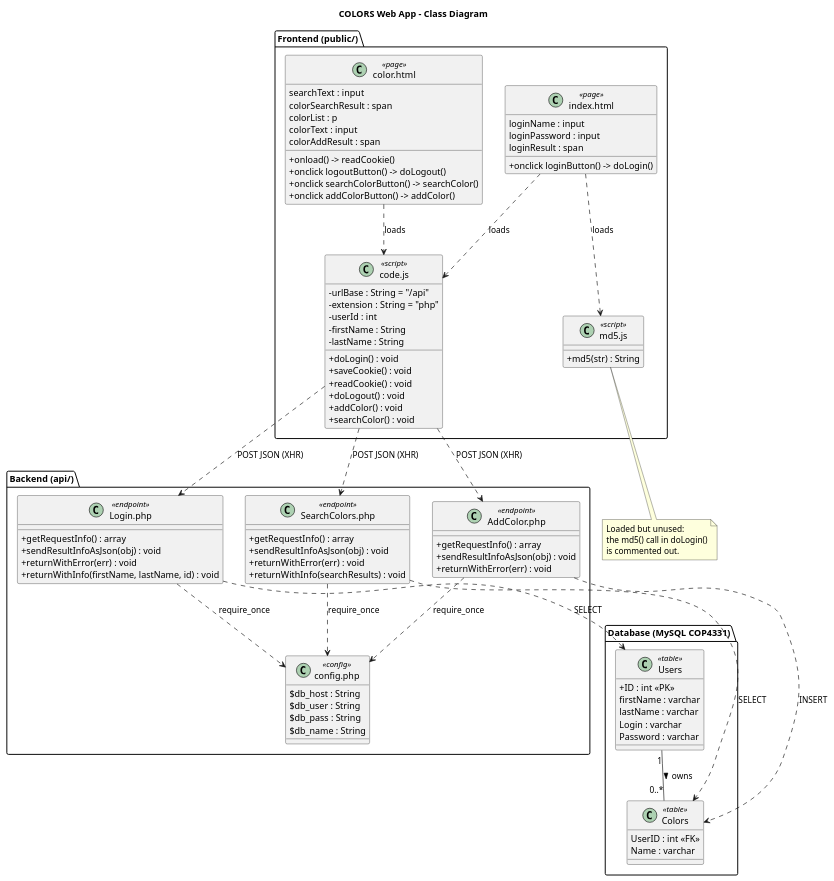
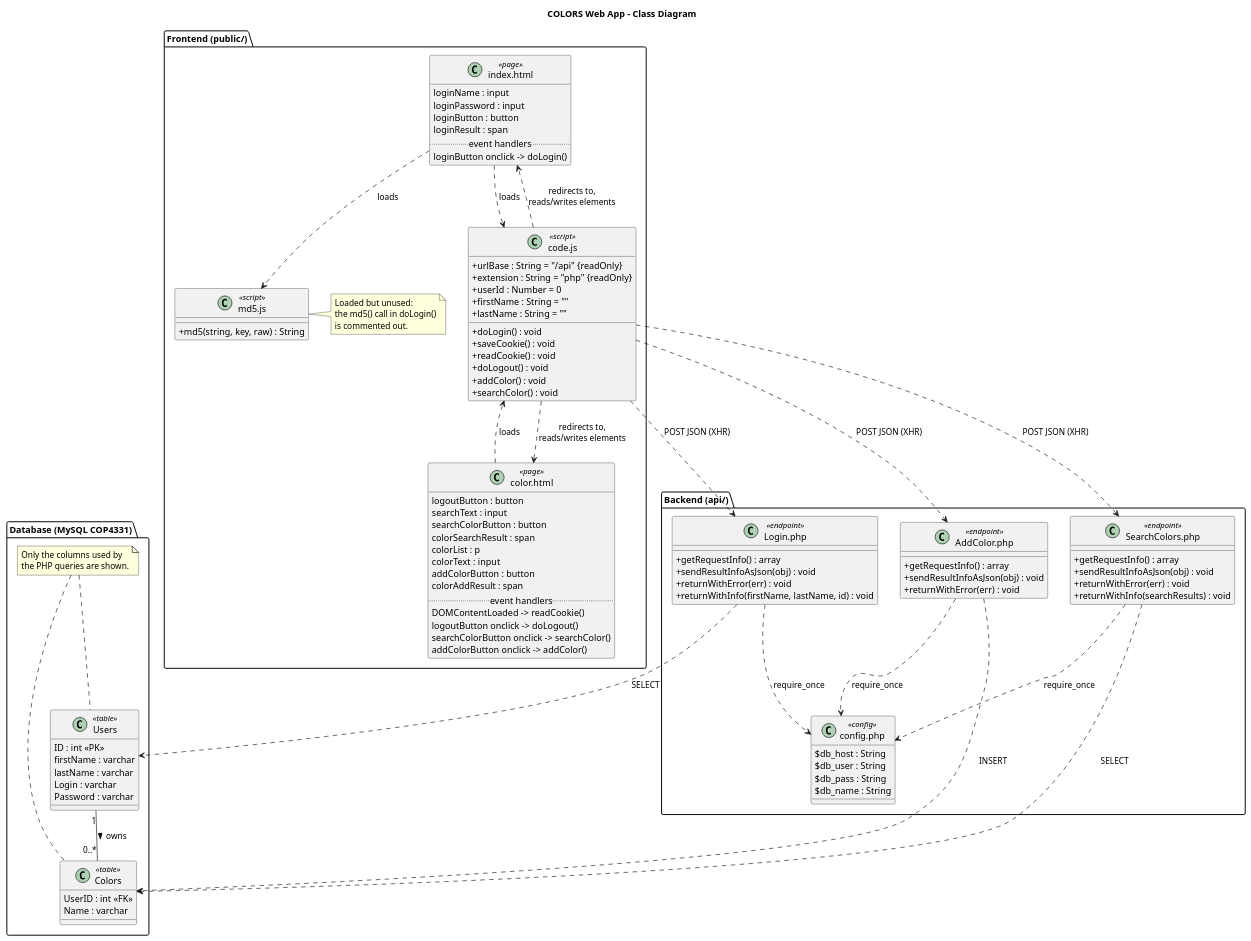
One commit to 1337kareem/assignment-1 changed the diagram in docs/uml/class.puml. Above: the diagram before and after it, drawn with PlantUML. The commit also changed 5 other files, not shown here.

Commit message:
Fix UML diagrams to match the code

```diff
--- a/docs/uml/class.puml
+++ b/docs/uml/class.puml
@@ -1,111 +1,124 @@
 @startuml class
 title COLORS Web App - Class Diagram
 skinparam classAttributeIconSize 0
 
 package "Frontend (public/)" {
   class "index.html" as IndexPage <<page>> {
     loginName : input
     loginPassword : input
+    loginButton : button
     loginResult : span
-    + onclick loginButton() -> doLogin()
+    .. event handlers ..
+    loginButton onclick -> doLogin()
   }
 
   class "color.html" as ColorPage <<page>> {
+    logoutButton : button
     searchText : input
+    searchColorButton : button
     colorSearchResult : span
     colorList : p
     colorText : input
+    addColorButton : button
     colorAddResult : span
-    + onload() -> readCookie()
-    + onclick logoutButton() -> doLogout()
-    + onclick searchColorButton() -> searchColor()
-    + onclick addColorButton() -> addColor()
+    .. event handlers ..
+    DOMContentLoaded -> readCookie()
+    logoutButton onclick -> doLogout()
+    searchColorButton onclick -> searchColor()
+    addColorButton onclick -> addColor()
   }
 
   class "code.js" as CodeJS <<script>> {
-    - urlBase : String = "/api"
-    - extension : String = "php"
-    - userId : int
-    - firstName : String
-    - lastName : String
+    + urlBase : String = "/api" {readOnly}
+    + extension : String = "php" {readOnly}
+    + userId : Number = 0
+    + firstName : String = ""
+    + lastName : String = ""
     + doLogin() : void
     + saveCookie() : void
     + readCookie() : void
     + doLogout() : void
     + addColor() : void
     + searchColor() : void
   }
 
   class "md5.js" as MD5 <<script>> {
-    + md5(str) : String
+    + md5(string, key, raw) : String
   }
+
+  note right of MD5
+    Loaded but unused:
+    the md5() call in doLogin()
+    is commented out.
+  end note
 }
 
 package "Backend (api/)" {
   class "Login.php" as Login <<endpoint>> {
     + getRequestInfo() : array
     + sendResultInfoAsJson(obj) : void
     + returnWithError(err) : void
     + returnWithInfo(firstName, lastName, id) : void
   }
 
   class "SearchColors.php" as Search <<endpoint>> {
     + getRequestInfo() : array
     + sendResultInfoAsJson(obj) : void
     + returnWithError(err) : void
     + returnWithInfo(searchResults) : void
   }
 
   class "AddColor.php" as Add <<endpoint>> {
     + getRequestInfo() : array
     + sendResultInfoAsJson(obj) : void
     + returnWithError(err) : void
   }
 
   class "config.php" as Config <<config>> {
     $db_host : String
     $db_user : String
     $db_pass : String
     $db_name : String
   }
 }
 
 package "Database (MySQL COP4331)" {
   class Users <<table>> {
-    + ID : int <<PK>>
+    ID : int <<PK>>
     firstName : varchar
     lastName : varchar
     Login : varchar
     Password : varchar
   }
 
   class Colors <<table>> {
     UserID : int <<FK>>
     Name : varchar
   }
+
+  note "Only the columns used by\nthe PHP queries are shown." as DBNote
 }
 
 IndexPage ..> CodeJS : loads
 IndexPage ..> MD5 : loads
 ColorPage ..> CodeJS : loads
+CodeJS ..> IndexPage : redirects to,\nreads/writes elements
+CodeJS ..> ColorPage : redirects to,\nreads/writes elements
 
 CodeJS ..> Login : POST JSON (XHR)
 CodeJS ..> Search : POST JSON (XHR)
 CodeJS ..> Add : POST JSON (XHR)
 
 Login ..> Config : require_once
 Search ..> Config : require_once
 Add ..> Config : require_once
 
 Login ..> Users : SELECT
 Search ..> Colors : SELECT
 Add ..> Colors : INSERT
 
 Users "1" -- "0..*" Colors : owns >
+DBNote .. Users
+DBNote .. Colors
 
-note bottom of MD5
-  Loaded but unused:
-  the md5() call in doLogin()
-  is commented out.
-end note
 @enduml
```
